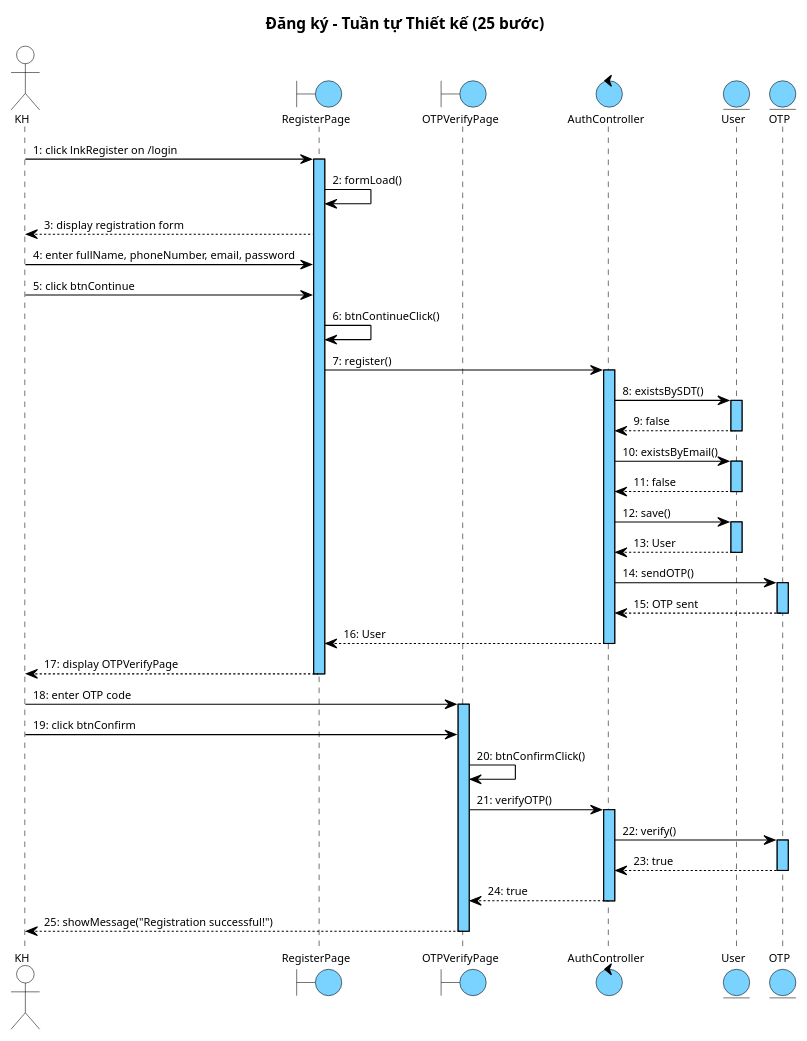
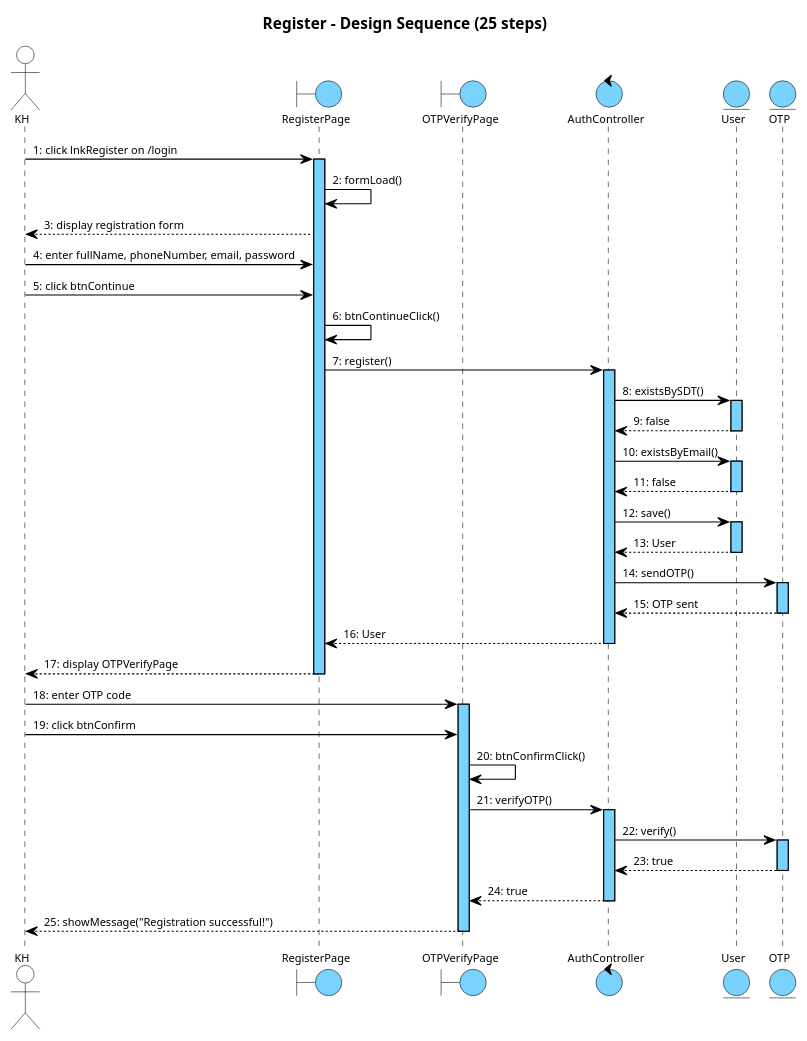
The fifth of 8 diagrams in docs/tabs/account/iii-design.md (thanhtrnnn/cnpm), drawn with PlantUML before and after one commit. The commit also changed other lines of this file and 13 other files, not shown here.

First line of the commit message:
fix: English-only sequence diagrams + independent abstractNum per numbered list

```diff
--- a/docs/tabs/account/iii-design.md
+++ b/docs/tabs/account/iii-design.md
@@ -726,7 +726,7 @@
   }
 }
 </style>
-title Đăng ký – Tuần tự Thiết kế (25 bước)
+title Register – Design Sequence (25 steps)
 
 actor "KH" as KH
 boundary RegisterPage as B1
```
